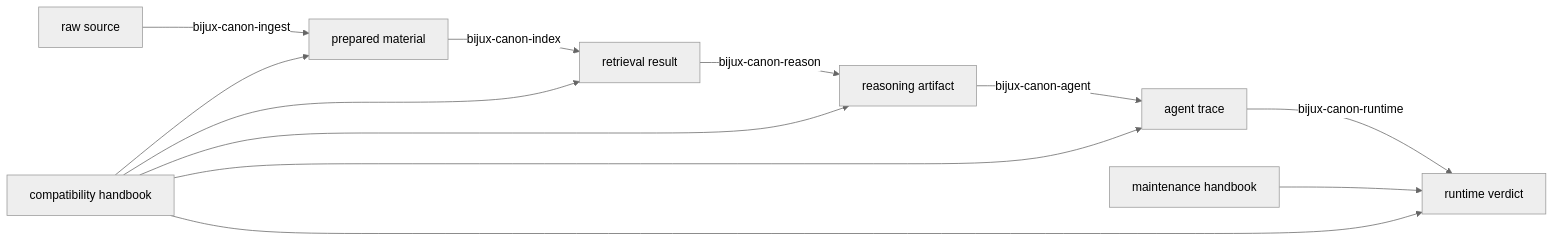
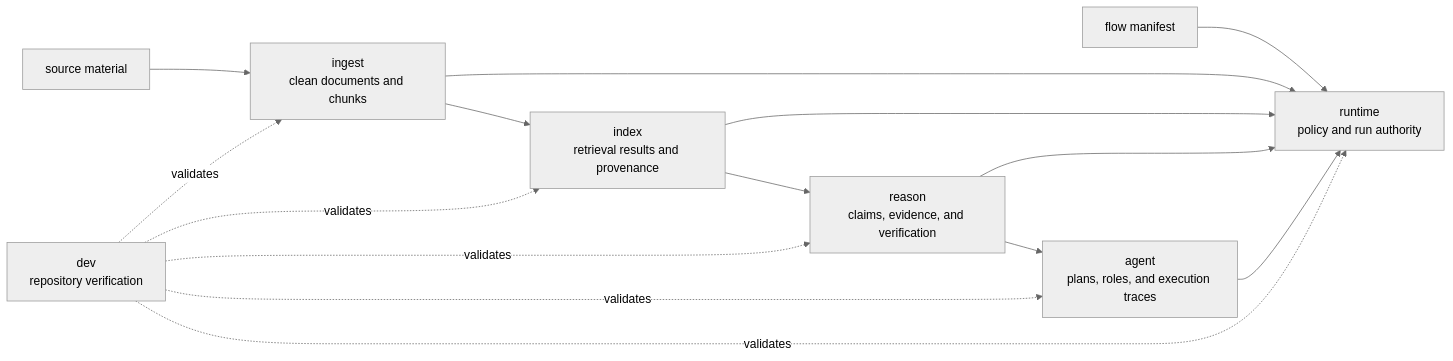
The diagram in docs/01-bijux-canon/foundation/package-map.md (bijux/bijux-canon), drawn with Mermaid (neutral theme) before and after one commit. The commit also changed other lines of this file and 2 other files, not shown here.

Commit message:
docs(repository): clarify package ownership and proof

````diff
--- a/docs/01-bijux-canon/foundation/package-map.md
+++ b/docs/01-bijux-canon/foundation/package-map.md
@@ -20,23 +22,19 @@
 ```mermaid
 flowchart LR
-    raw["raw source"]
-    prepared["prepared material"]
-    retrieved["retrieval result"]
-    claims["reasoning artifact"]
-    trace["agent trace"]
-    verdict["runtime verdict"]
-    maintain["maintenance handbook"]
-    compat["compatibility handbook"]
+    source["source material"] --> ingest["ingest<br/>clean documents and chunks"]
+    ingest --> index["index<br/>retrieval results and provenance"]
+    index --> reason["reason<br/>claims, evidence, and verification"]
+    reason --> agent["agent<br/>plans, roles, and execution traces"]
 
-    raw -->|bijux-canon-ingest| prepared
-    prepared -->|bijux-canon-index| retrieved
-    retrieved -->|bijux-canon-reason| claims
-    claims -->|bijux-canon-agent| trace
-    trace -->|bijux-canon-runtime| verdict
-    maintain --> verdict
-    compat --> prepared
-    compat --> retrieved
-    compat --> claims
-    compat --> trace
-    compat --> verdict
+    manifest["flow manifest"] --> runtime["runtime<br/>policy and run authority"]
+    ingest --> runtime
+    index --> runtime
+    reason --> runtime
+    agent --> runtime
+
+    dev["dev<br/>repository verification"] -. validates .-> ingest
+    dev -. validates .-> index
+    dev -. validates .-> reason
+    dev -. validates .-> agent
+    dev -. validates .-> runtime
 ```
````
